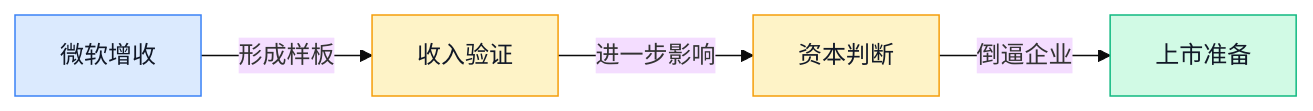
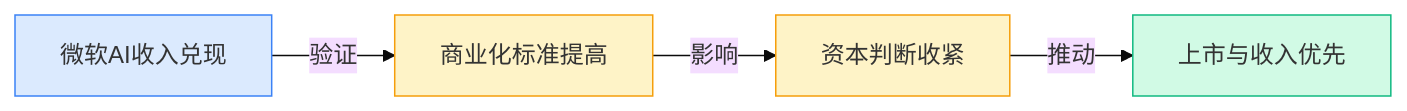
One commit to ylzsdafei/ai-daily-site changed the third of 7 diagrams in content/cn/blog/weekly/2026-W16.md. Above: the diagram before and after it, drawn with Mermaid (base theme). The commit also changed other lines of this file and 2 other files, not shown here.

Commit message:
feat: 详细图谱折叠展开 + details 样式

````diff
--- a/content/cn/blog/weekly/2026-W16.md
+++ b/content/cn/blog/weekly/2026-W16.md
@@ -43,10 +83,12 @@
 ```mermaid
 graph LR
-    A[微软增收] -->|形成样板| B[收入验证] -->|进一步影响| C[资本判断] -->|倒逼企业| D[上市准备]
-    classDef blue fill:#dbeafe,stroke:#3b82f6,color:#111827
-    classDef yellow fill:#fef3c7,stroke:#f59e0b,color:#111827
-    classDef green fill:#d1fae5,stroke:#10b981,color:#111827
-    class A blue
-    class B,C yellow
-    class D green
+A[微软AI收入兑现] -->|验证| B[商业化标准提高]
+B -->|影响| C[资本判断收紧]
+C -->|推动| D[上市与收入优先]
+classDef blue fill:#dbeafe,stroke:#3b82f6
+classDef yellow fill:#fef3c7,stroke:#f59e0b
+classDef green fill:#d1fae5,stroke:#10b981
+class A blue
+class B,C yellow
+class D green
 ```
````
